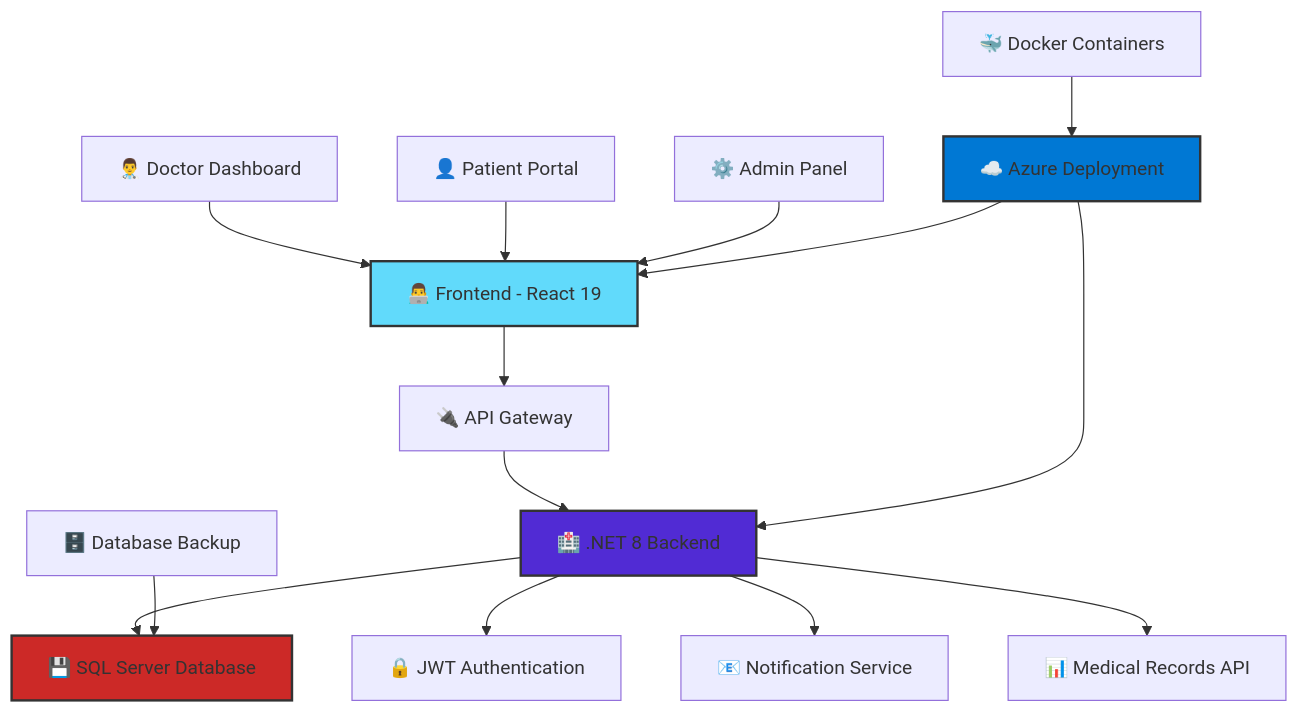
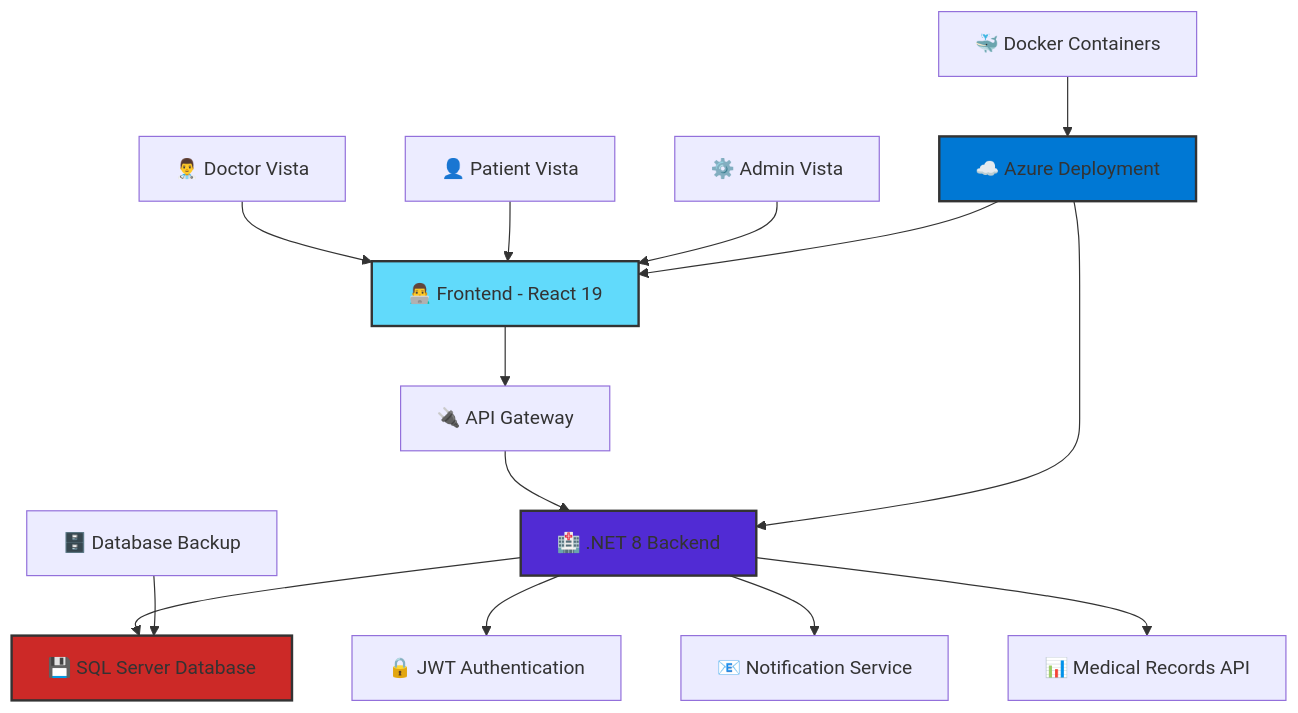
One commit to Darshit456/HMS_Frontend changed the first of 2 diagrams in README.md. Above: the diagram before and after it, drawn with Mermaid. The commit also changed other lines of this file and 16 other files, not shown here.

````diff
--- a/README.md
+++ b/README.md
@@ -100,24 +99,24 @@
 ```mermaid
 graph TB
     A[👨‍💻 Frontend - React 19] --> B[🔌 API Gateway]
     B --> C[🏥 .NET 8 Backend]
     C --> D[💾 SQL Server Database]
     
-    E[👨‍⚕️ Doctor Dashboard] --> A
-    F[👤 Patient Portal] --> A
-    G[⚙️ Admin Panel] --> A
+    E[👨‍⚕️ Doctor Vista] --> A
+    F[👤 Patient Vista] --> A
+    G[⚙️ Admin Vista] --> A
     
     C --> H[🔒 JWT Authentication]
     C --> I[📧 Notification Service]
     C --> J[📊 Medical Records API]
     
     K[🗄️ Database Backup] --> D
     L[☁️ Azure Deployment] --> A
     L --> C
     M[🐳 Docker Containers] --> L
     
     style A fill:#61DAFB,stroke:#333,stroke-width:2px
     style C fill:#512BD4,stroke:#333,stroke-width:2px
     style D fill:#CC2927,stroke:#333,stroke-width:2px
     style L fill:#0078D4,stroke:#333,stroke-width:2px
 ```
````
